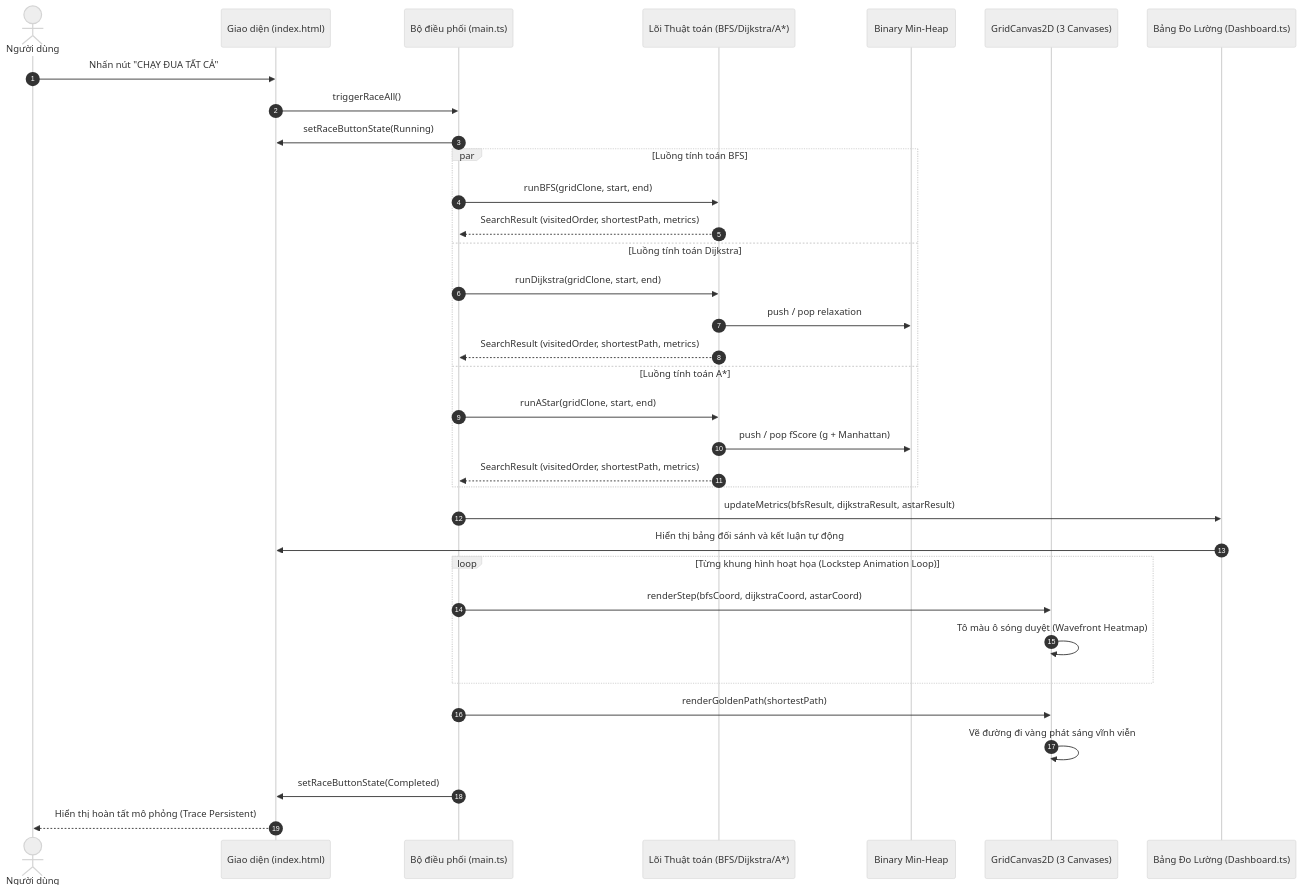
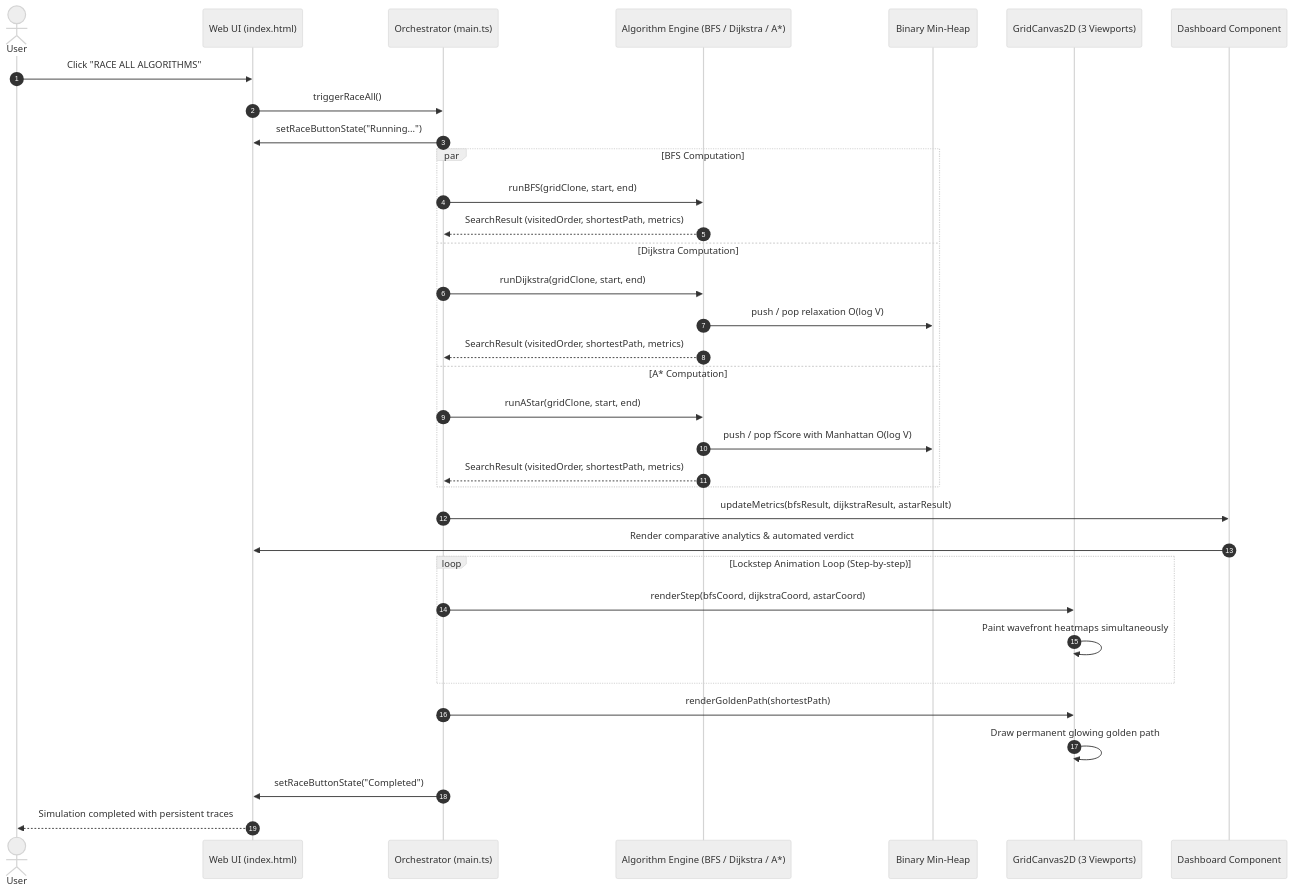
Before and after one commit to minhduc01168/pathfinding-visualizer-3d: the fifth of 7 diagrams in docs/PathQuest_Technical_Analysis.md, drawn with Mermaid (neutral theme). The commit also changed other lines of this file and 1 other file, not shown here.

Commit message:
docs: standardize Mermaid diagrams to English and fix rendering syntax errors

````diff
--- a/docs/PathQuest_Technical_Analysis.md
+++ b/docs/PathQuest_Technical_Analysis.md
@@ -390,41 +395,41 @@
 ```mermaid
 sequenceDiagram
     autonumber
-    actor User as Người dùng
-    participant UI as Giao diện (index.html)
-    participant Main as Bộ điều phối (main.ts)
-    participant Core as Lõi Thuật toán (BFS/Dijkstra/A*)
+    actor User as User
+    participant UI as Web UI (index.html)
+    participant Main as Orchestrator (main.ts)
+    participant Core as Algorithm Engine (BFS / Dijkstra / A*)
     participant Heap as Binary Min-Heap
-    participant Render as GridCanvas2D (3 Canvases)
-    participant Dash as Bảng Đo Lường (Dashboard.ts)
+    participant Render as GridCanvas2D (3 Viewports)
+    participant Dash as Dashboard Component
 
-    User->>UI: Nhấn nút "CHẠY ĐUA TẤT CẢ"
+    User->>UI: Click "RACE ALL ALGORITHMS"
     UI->>Main: triggerRaceAll()
-    Main->>UI: setRaceButtonState(Running)
+    Main->>UI: setRaceButtonState("Running...")
     
-    par Luồng tính toán BFS
+    par BFS Computation
         Main->>Core: runBFS(gridClone, start, end)
         Core-->>Main: SearchResult (visitedOrder, shortestPath, metrics)
-    and Luồng tính toán Dijkstra
+    and Dijkstra Computation
         Main->>Core: runDijkstra(gridClone, start, end)
-        Core->>Heap: push / pop relaxation
+        Core->>Heap: push / pop relaxation O(log V)
         Core-->>Main: SearchResult (visitedOrder, shortestPath, metrics)
-    and Luồng tính toán A*
+    and A* Computation
         Main->>Core: runAStar(gridClone, start, end)
-        Core->>Heap: push / pop fScore (g + Manhattan)
+        Core->>Heap: push / pop fScore with Manhattan O(log V)
         Core-->>Main: SearchResult (visitedOrder, shortestPath, metrics)
     end
 
     Main->>Dash: updateMetrics(bfsResult, dijkstraResult, astarResult)
-    Dash->>UI: Hiển thị bảng đối sánh và kết luận tự động
+    Dash->>UI: Render comparative analytics & automated verdict
 
-    loop Từng khung hình hoạt họa (Lockstep Animation Loop)
+    loop Lockstep Animation Loop (Step-by-step)
         Main->>Render: renderStep(bfsCoord, dijkstraCoord, astarCoord)
-        Render->>Render: Tô màu ô sóng duyệt (Wavefront Heatmap)
+        Render->>Render: Paint wavefront heatmaps simultaneously
     end
 
     Main->>Render: renderGoldenPath(shortestPath)
-    Render->>Render: Vẽ đường đi vàng phát sáng vĩnh viễn
-    Main->>UI: setRaceButtonState(Completed)
-    UI-->>User: Hiển thị hoàn tất mô phỏng (Trace Persistent)
+    Render->>Render: Draw permanent glowing golden path
+    Main->>UI: setRaceButtonState("Completed")
+    UI-->>User: Simulation completed with persistent traces
 ```
````
